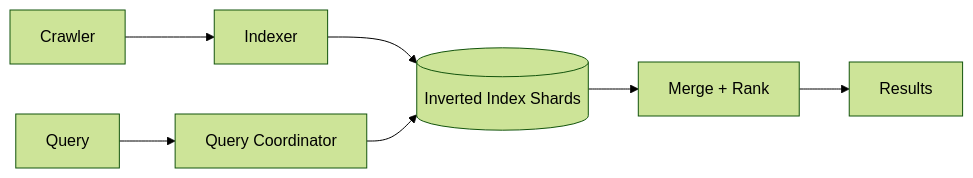
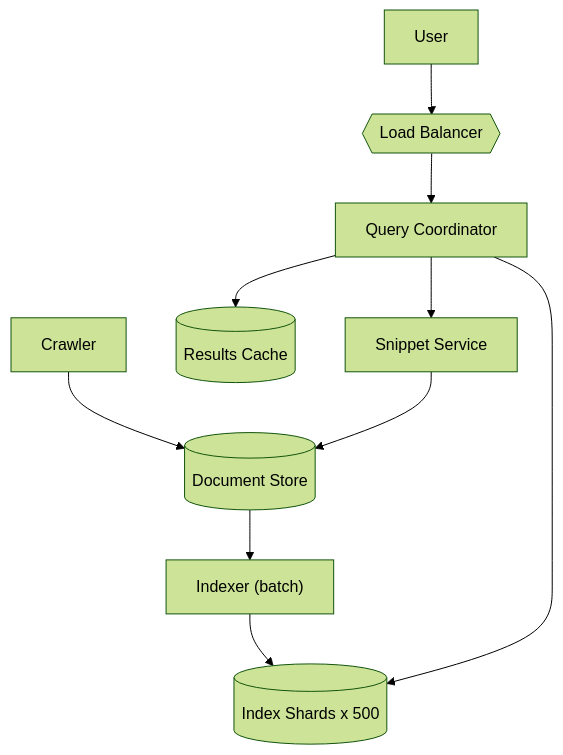
The first of 2 diagrams in questions/design-google-search.md (design-gurus/grokking-system-design), drawn with Mermaid (forest theme) before and after one commit. The commit also changed other lines of this file and 19 other files, not shown here.

````diff
--- a/questions/design-google-search.md
+++ b/questions/design-google-search.md
@@ -21,9 +74,12 @@
 ```mermaid
-flowchart LR
-    Crawl[Crawler] --> Index[Indexer]
-    Index --> Shards[(Inverted Index Shards)]
-    Query[Query] --> Root[Query Coordinator]
-    Root --> Shards
-    Shards --> Rank[Merge + Rank]
-    Rank --> Results[Results]
+flowchart TD
+    Crawler[Crawler] --> Store[(Document Store)]
+    Store --> Indexer["Indexer (batch)"]
+    Indexer --> Shards[(Index Shards x 500)]
+    User[User] --> LB{{Load Balancer}}
+    LB --> Coord[Query Coordinator]
+    Coord --> Cache[(Results Cache)]
+    Coord --> Shards
+    Coord --> Snip[Snippet Service]
+    Snip --> Store
 ```
````
